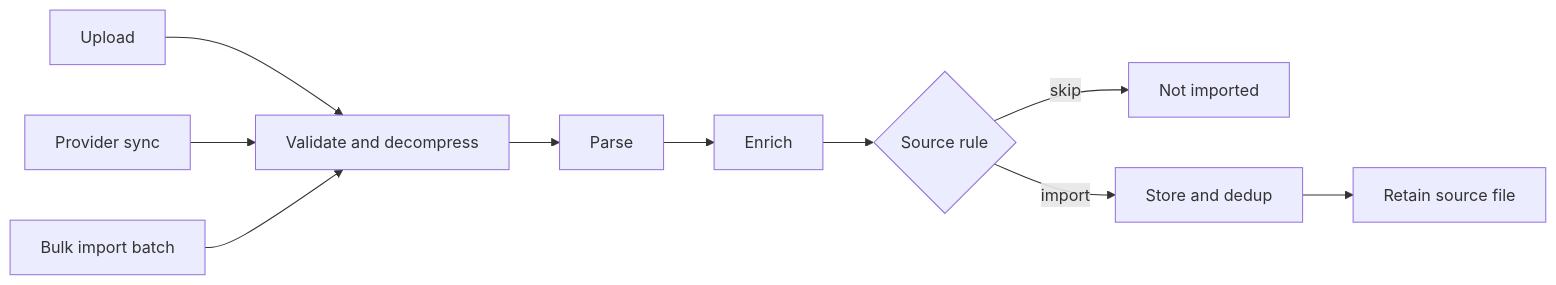
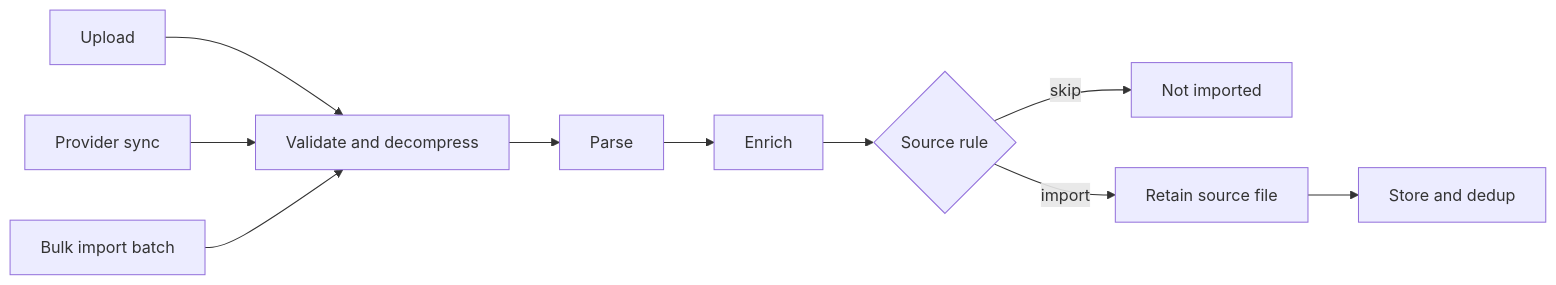
The first of 2 diagrams in docs/developer-guide/activity-ingestion.md (endurain-project/endurain), drawn with Mermaid before and after one commit. The commit also changed other lines of this file and 57 other files, not shown here.

````diff
--- a/docs/developer-guide/activity-ingestion.md
+++ b/docs/developer-guide/activity-ingestion.md
@@ -15,12 +17,12 @@
 ```mermaid
 flowchart LR
     U[Upload] --> V
     P[Provider sync] --> V
     B[Bulk import batch] --> V
     V[Validate and decompress] --> PA[Parse]
     PA --> E[Enrich]
     E --> R{Source rule}
     R -- skip --> X[Not imported]
-    R -- import --> S[Store and dedup]
-    S --> RET[Retain source file]
+    R -- import --> RET[Retain source file]
+    RET --> S[Store and dedup]
 ```
````
